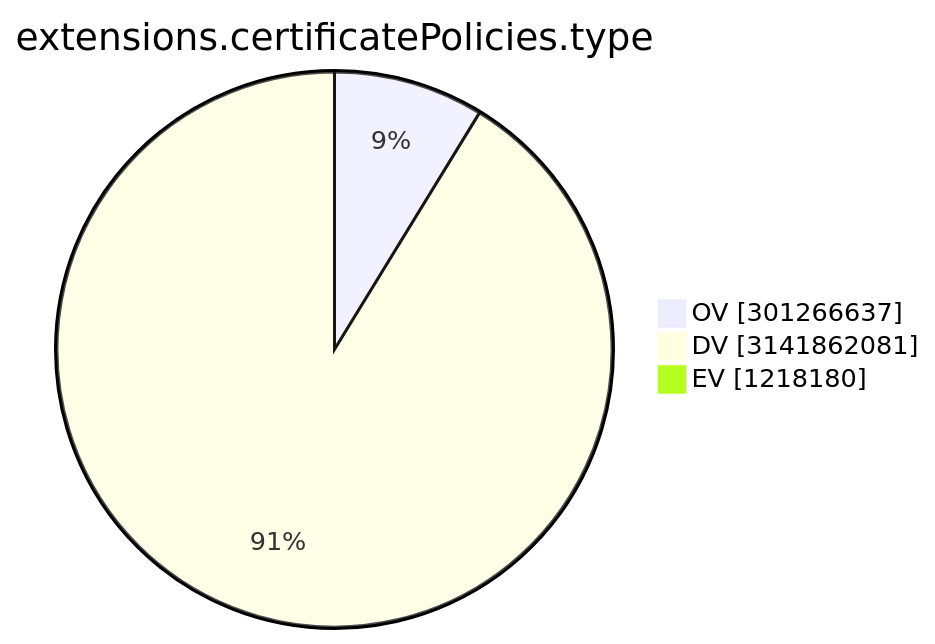
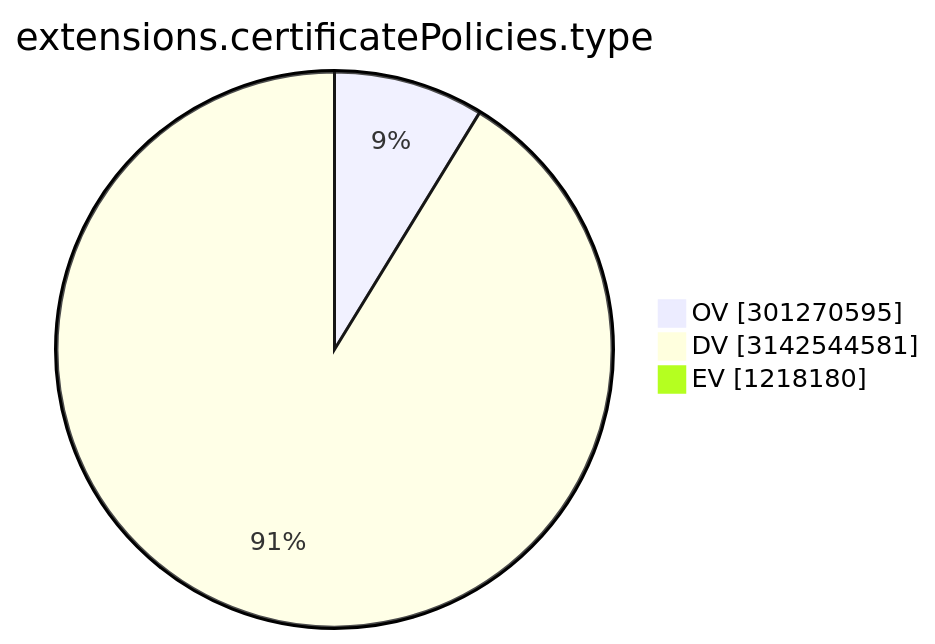
The ninth of 15 diagrams in TOTAL/README.md (christiankrug/ctmonitor_visualization), drawn with Mermaid before and after one commit. The commit also changed other lines of this file, not shown here.

````diff
--- a/TOTAL/README.md
+++ b/TOTAL/README.md
@@ -3105,7 +3105,7 @@
 ```mermaid
 pie showData
 title extensions.certificatePolicies.type
-"OV" :301266637
-"DV" :3141862081
+"OV" :301270595
+"DV" :3142544581
 "EV" :1218180
 ```
````
